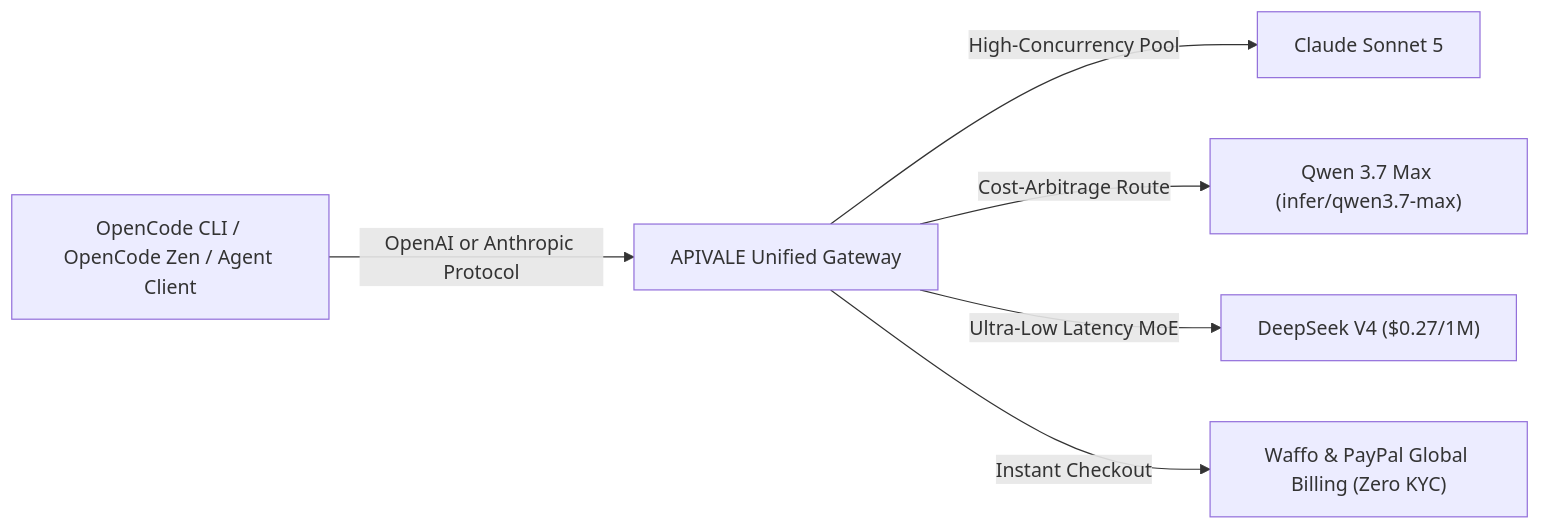
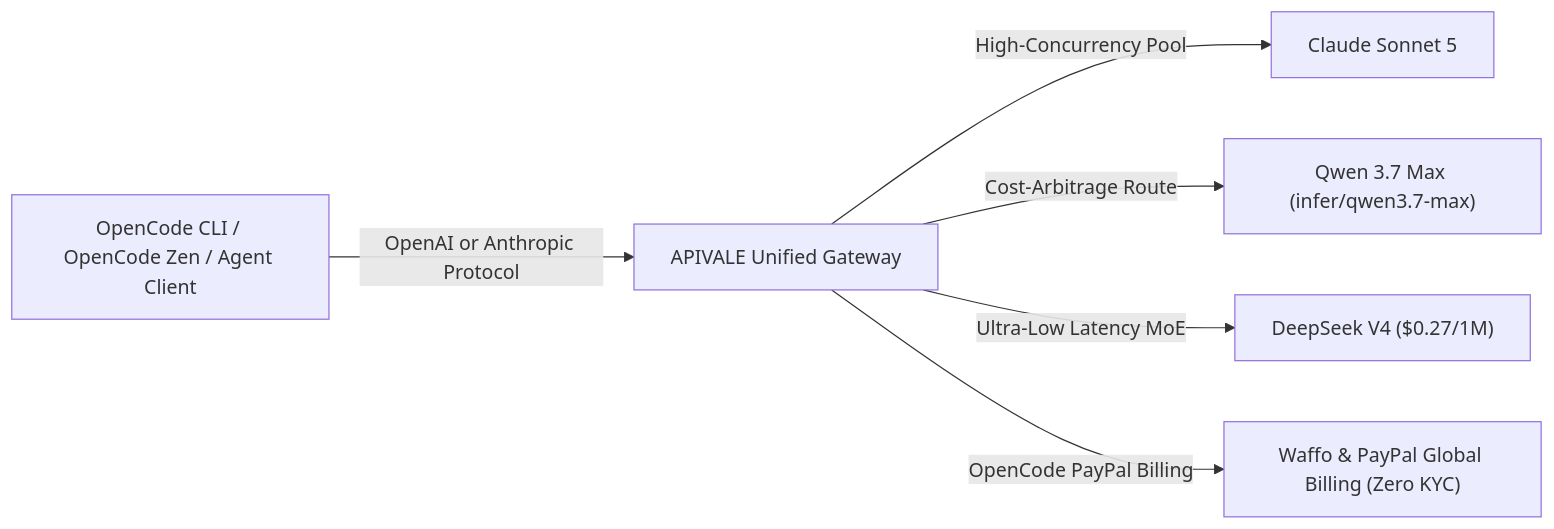
One commit to bshx2024/apivel_blog changed the diagram in src/content/blog/opencode-paypal-billing-api-proxy-guide.md. Above: the diagram before and after it, drawn with Mermaid. The commit also changed other lines of this file, not shown here.

````diff
--- a/src/content/blog/opencode-paypal-billing-api-proxy-guide.md
+++ b/src/content/blog/opencode-paypal-billing-api-proxy-guide.md
@@ -59,8 +59,8 @@
 ```mermaid
 graph LR
     A["OpenCode CLI / OpenCode Zen / Agent Client"] -->|OpenAI or Anthropic Protocol| B["APIVALE Unified Gateway"]
     B -->|High-Concurrency Pool| C["Claude Sonnet 5"]
     B -->|Cost-Arbitrage Route| D["Qwen 3.7 Max (infer/qwen3.7-max)"]
     B -->|Ultra-Low Latency MoE| E["DeepSeek V4 ($0.27/1M)"]
-    B -->|Instant Checkout| F["Waffo & PayPal Global Billing (Zero KYC)"]
+    B -->|OpenCode PayPal Billing| F["Waffo & PayPal Global Billing (Zero KYC)"]
 ```
````
